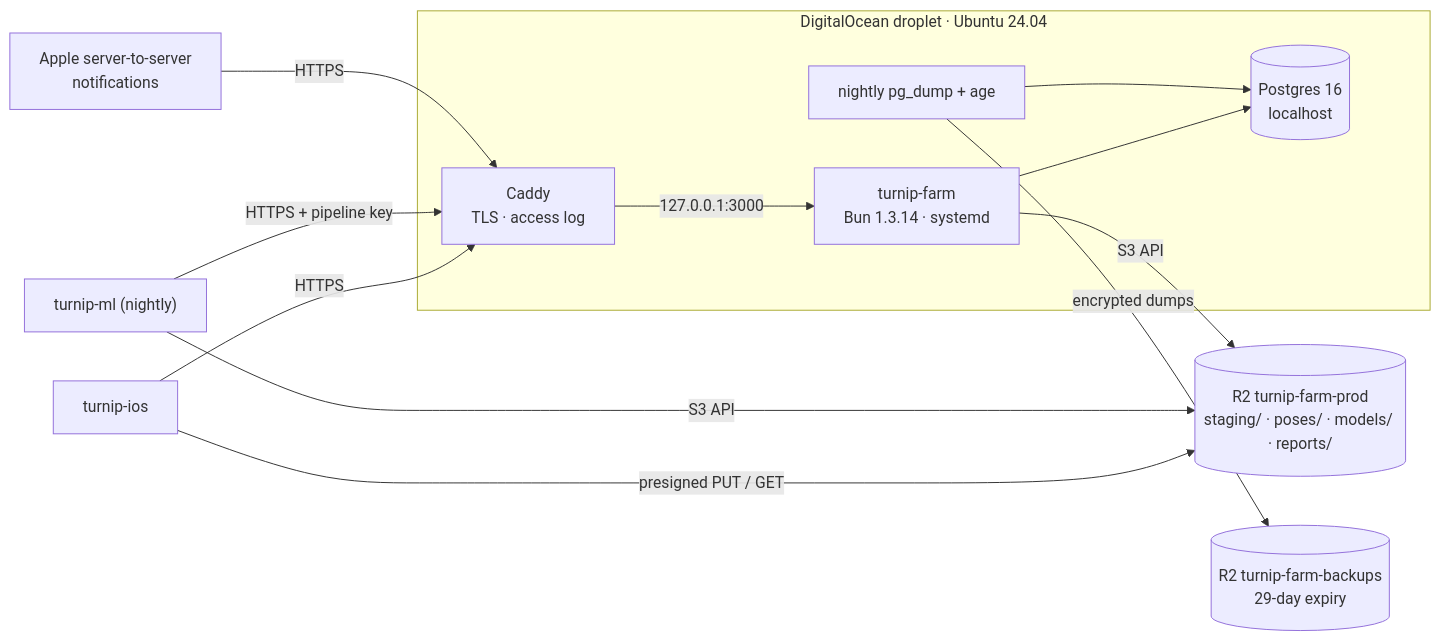
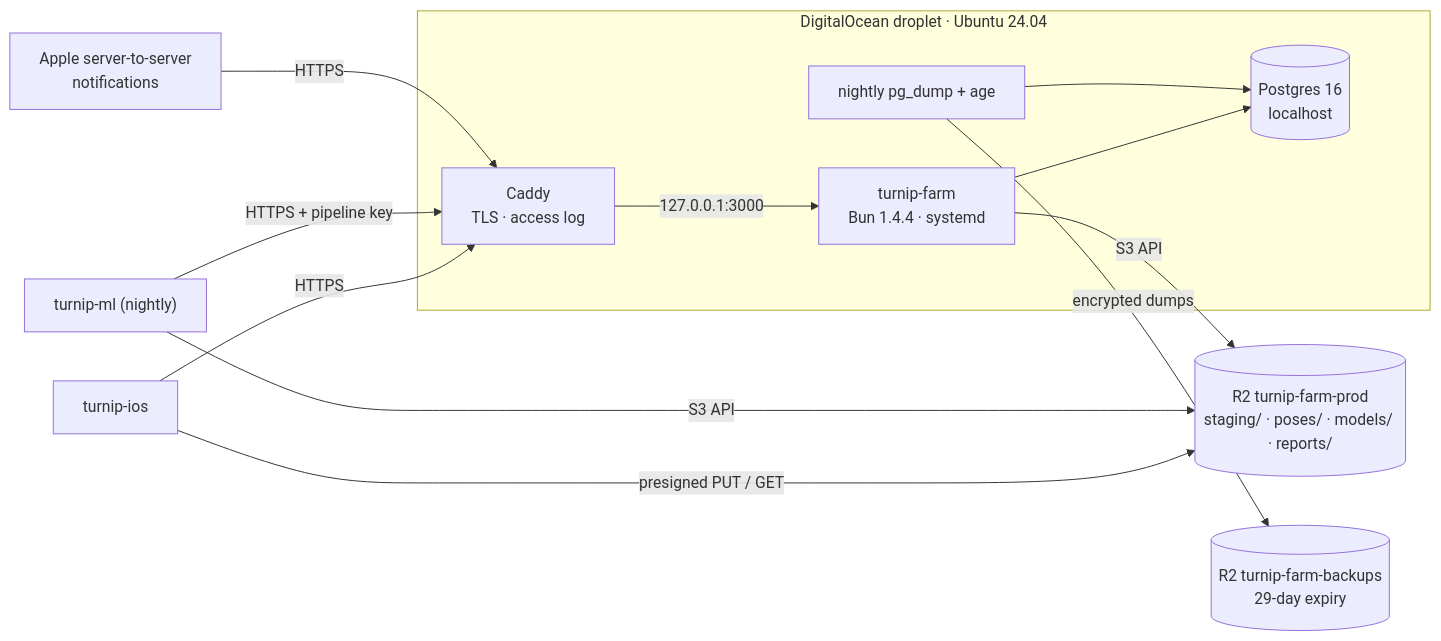
Before and after one commit to Museoie/turnip-farm: the diagram in docs/DEPLOYMENT.md, drawn with Mermaid. The commit also changed other lines of this file and 3 other files, not shown here.

````diff
--- a/docs/DEPLOYMENT.md
+++ b/docs/DEPLOYMENT.md
@@ -53,15 +53,15 @@
 ```mermaid
 flowchart LR
     iOS["turnip-ios"] -->|"HTTPS"| Caddy
     ML["turnip-ml (nightly)"] -->|"HTTPS + pipeline key"| Caddy
     Apple["Apple server-to-server<br/>notifications"] -->|"HTTPS"| Caddy
     subgraph Droplet["DigitalOcean droplet · Ubuntu 24.04"]
-        Caddy["Caddy<br/>TLS · access log"] -->|"127.0.0.1:3000"| Farm["turnip-farm<br/>Bun 1.3.14 · systemd"]
+        Caddy["Caddy<br/>TLS · access log"] -->|"127.0.0.1:3000"| Farm["turnip-farm<br/>Bun 1.4.4 · systemd"]
         Farm --> PG[("Postgres 16<br/>localhost")]
         Backup["nightly pg_dump + age"] --> PG
     end
     iOS -->|"presigned PUT / GET"| R2[("R2 turnip-farm-prod<br/>staging/ · poses/ · models/ · reports/")]
     Farm -->|"S3 API"| R2
     ML -->|"S3 API"| R2
     Backup -->|"encrypted dumps"| R2B[("R2 turnip-farm-backups<br/>29-day expiry")]
 ```
````
